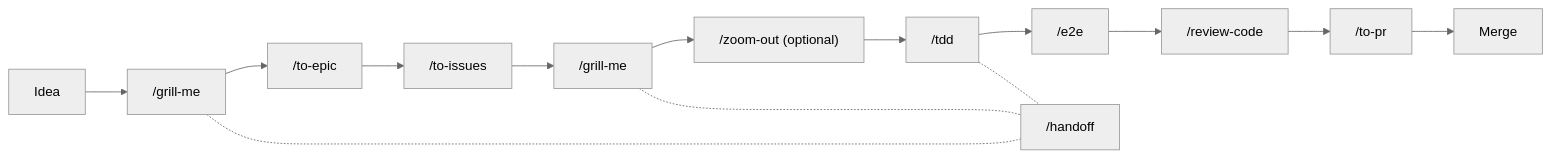
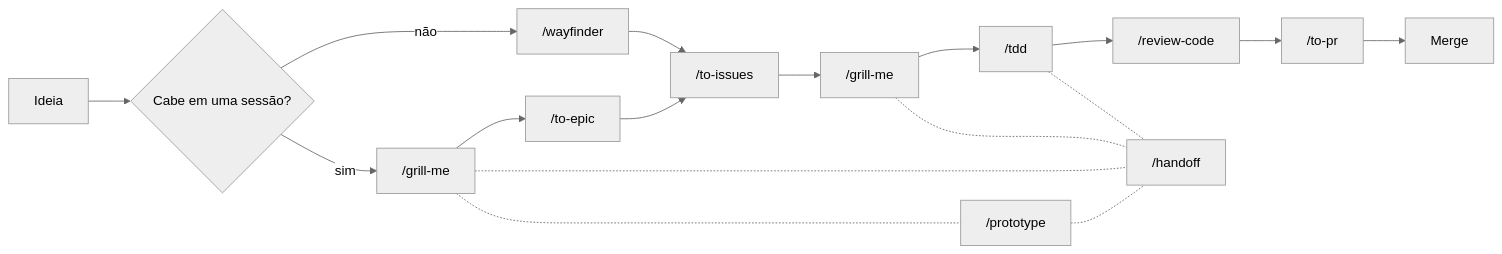
One commit to Franco904/skills changed the diagram in README.md. Above: the diagram before and after it, drawn with Mermaid (neutral theme). The commit also changed other lines of this file and 25 other files, not shown here.

````diff
--- a/README.md
+++ b/README.md
@@ -53,17 +53,20 @@
 ```mermaid
 flowchart LR
-    A[Idea] --> B["/grill-me"]
+    A[Ideia] --> Z{Cabe em uma sessão?}
+    Z -- sim --> B["/grill-me"]
+    Z -- não --> W["/wayfinder"]
     B --> C["/to-epic"]
     C --> D["/to-issues"]
+    W --> D
     D --> E["/grill-me"]
-    E --> F["/zoom-out (optional)"]
-    F --> G["/tdd"]
-    G --> H["/e2e"]
-    H --> I["/review-code"]
+    E --> G["/tdd"]
+    G --> I["/review-code"]
     I --> J["/to-pr"]
     J --> K[Merge]
 
-    B -.- L["/handoff"]
+    B -.- P["/prototype"]
+    P -.- L["/handoff"]
+    B -.- L
     E -.- L
     G -.- L
 ```
````
